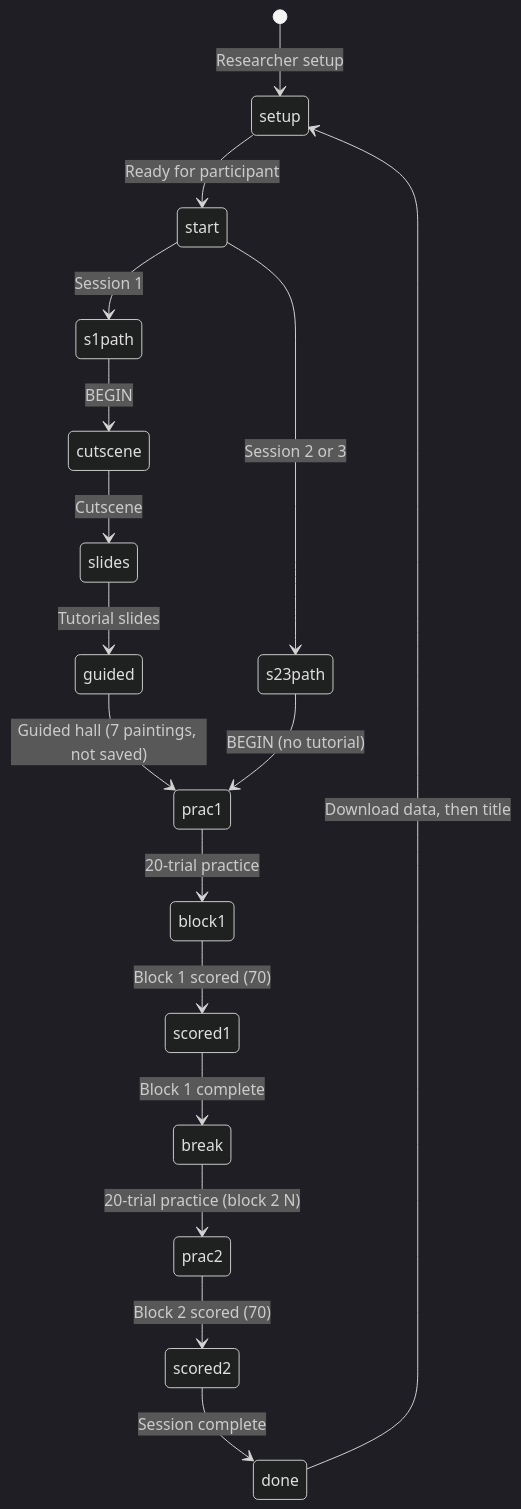
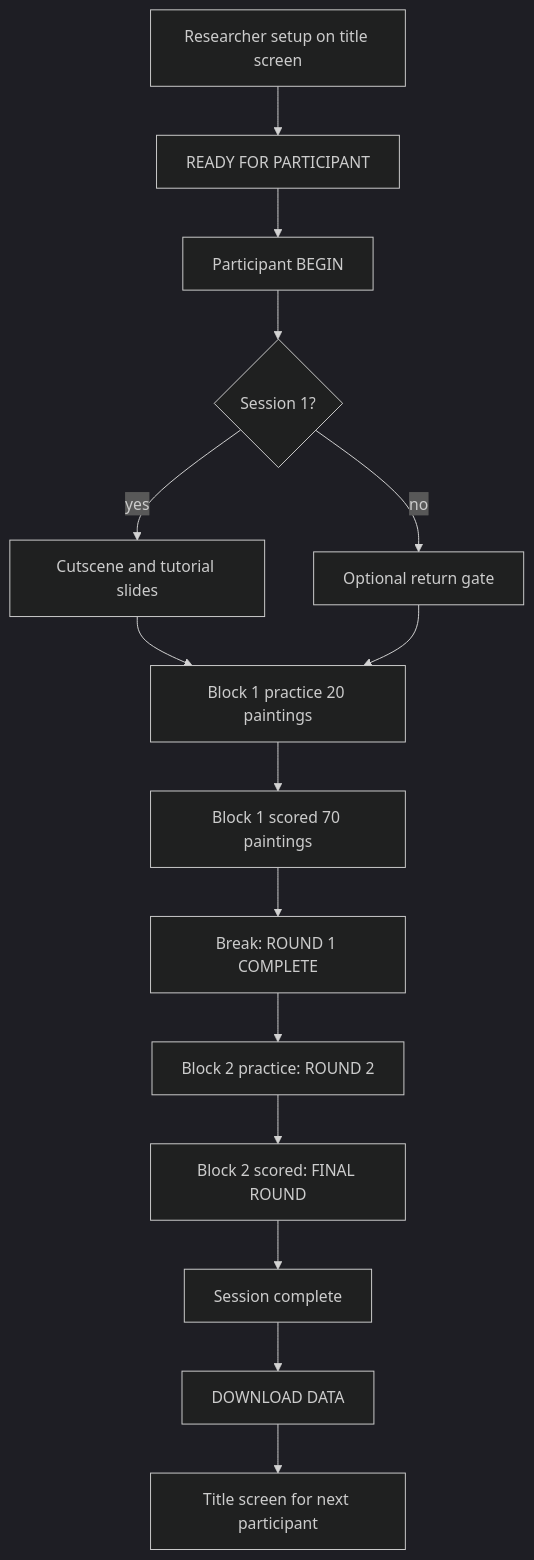
One commit to Konseptt/glyphmind-lab-version changed the second of 3 diagrams in README.md. Above: the diagram before and after it, drawn with Mermaid (dark theme). The commit also changed other lines of this file and 6 other files, not shown here.

First line of the commit message:
Update GLYPHMIND for research release: data logging, session flow, and docs.

````diff
--- a/README.md
+++ b/README.md
@@ -115,19 +81,19 @@
 ```mermaid
-stateDiagram-v2
-  [*] --> setup: Researcher setup
-  setup --> start: Ready for participant
-  start --> s1path: Session 1
-  start --> s23path: Session 2 or 3
-  s1path --> cutscene: BEGIN
-  cutscene --> slides: Cutscene
-  slides --> guided: Tutorial slides
-  guided --> prac1: Guided hall (7 paintings, not saved)
-  s23path --> prac1: BEGIN (no tutorial)
-  prac1 --> block1: 20-trial practice
-  block1 --> scored1: Block 1 scored (70)
-  scored1 --> break: Block 1 complete
-  break --> prac2: 20-trial practice (block 2 N)
-  prac2 --> scored2: Block 2 scored (70)
-  scored2 --> done: Session complete
-  done --> setup: Download data, then title
+flowchart TD
+  setup[Researcher setup on title screen] --> ready[READY FOR PARTICIPANT]
+  ready --> begin[Participant BEGIN]
+
+  begin --> s1{Session 1?}
+  s1 -->|yes| intro[Cutscene and tutorial slides]
+  s1 -->|no| ret[Optional return gate]
+  intro --> p1
+  ret --> p1
+
+  p1[Block 1 practice 20 paintings] --> b1[Block 1 scored 70 paintings]
+  b1 --> br[Break: ROUND 1 COMPLETE]
+  br --> p2[Block 2 practice: ROUND 2]
+  p2 --> b2[Block 2 scored: FINAL ROUND]
+  b2 --> done[Session complete]
+  done --> dl[DOWNLOAD DATA]
+  dl --> title[Title screen for next participant]
 ```
````
